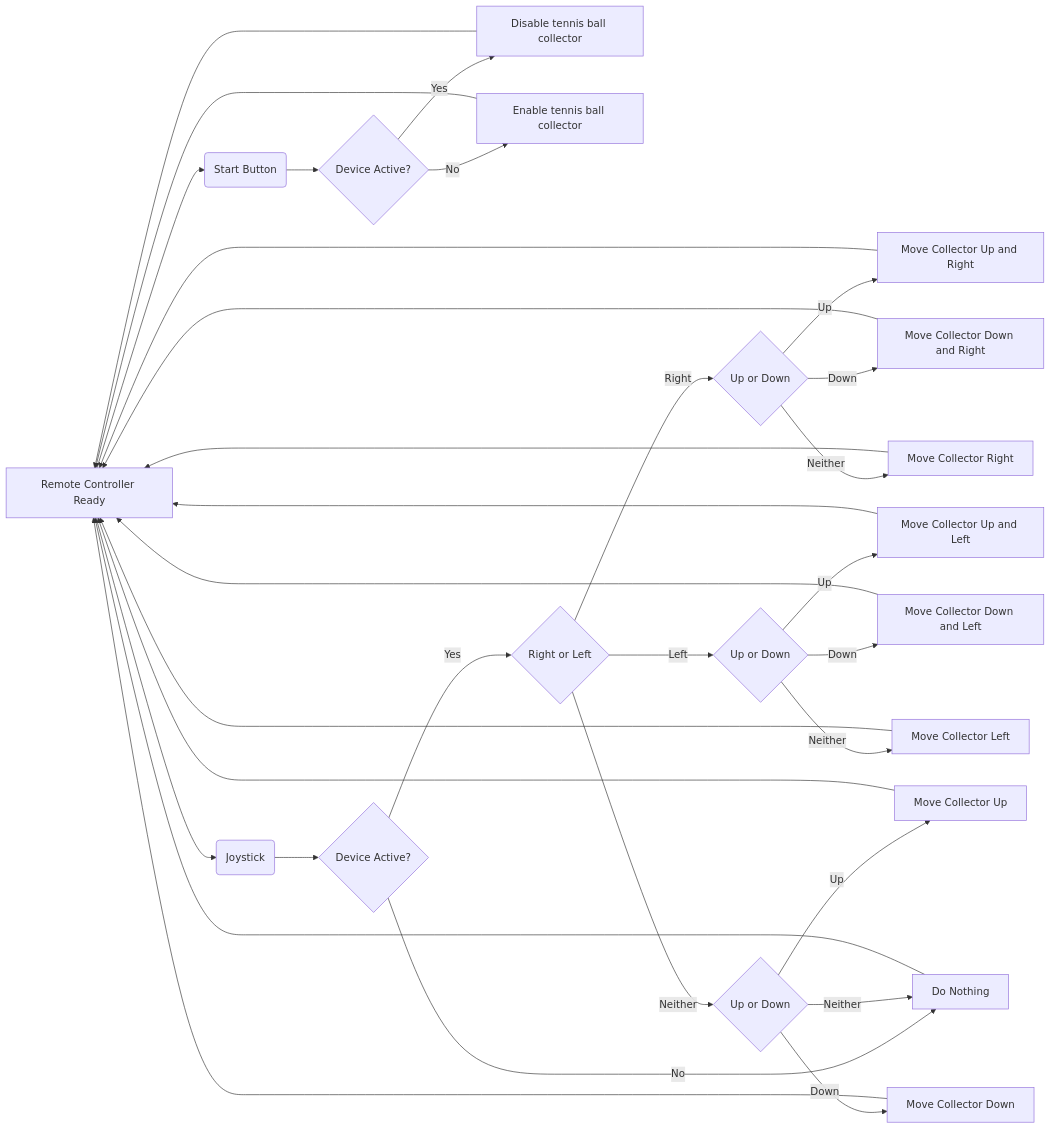
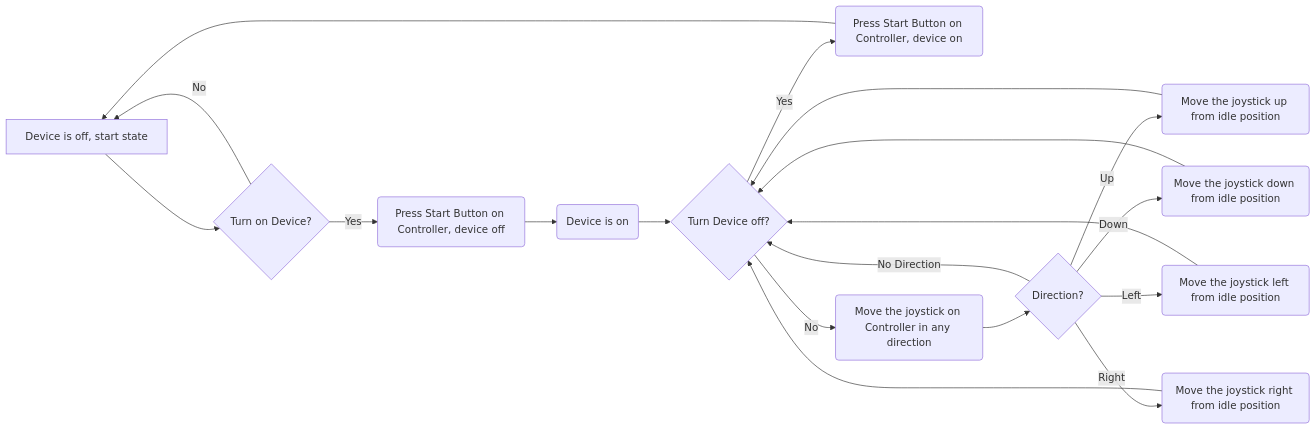
Before and after one commit to link422/F24_Team3_TennisBallCollector: the second of 3 diagrams in Reports/Conceptual Design.md, drawn with Mermaid. The commit also changed other lines of this file, not shown here.

Commit message:
Update Conceptual Design.md

````diff
--- a/Reports/Conceptual Design.md
+++ b/Reports/Conceptual Design.md
@@ -122,67 +122,41 @@
 ```mermaid 
-
+ 
 flowchart LR 
-
-A[Remote Controller Ready] -->B(Start Button) 
-
-    B --> C{Device Active?} 
-
-    C -->|Yes| D[Disable tennis ball collector] 
-
-    C -->|No| E[Enable tennis ball collector] 
-
-    D --> A 
-
-    E --> A 
-
-A -->F(Joystick) 
-
-    F --> G{Device Active?} 
-
-    G -->|Yes| H{Right or Left} 
-
-    G -->|No| I[Do Nothing] 
-
-    I --> A 
-
-    H -->|Right| J{Up or Down} 
-
-    H -->|Left| K{Up or Down} 
-
-    H -->|Neither| L{Up or Down} 
-
-    J -->|Up| M[Move Collector Up and Right] 
-
-    J -->|Down| N[Move Collector Down and Right] 
-
-    J -->|Neither| O[Move Collector Right] 
-
-    M --> A 
-
-    N --> A 
-
-    O --> A 
-
-    K -->|Up| P[Move Collector Up and Left] 
-
-    K -->|Down| Q[Move Collector Down and Left] 
-
-    K -->|Neither| R[Move Collector Left] 
-
-    P --> A 
-
-    Q --> A 
-
-    R --> A 
-
-    L -->|Up| S[Move Collector Up] 
-
-    L -->|Down| T[Move Collector Down] 
-
-    L -->|Neither| I 
-
-    S --> A 
-
-    T --> A 
-
-``` 
+ 
+A[Device is off, start state] --> B{Turn on Device?}
+ 
+    B --> |Yes| C(Press Start Button on Controller, device off)
+ 
+    B --> |No| A
+ 
+    C --> On(Device is on)
+ 
+    On --> D{Turn Device off?}
+ 
+    D --> |Yes| K(Press Start Button on Controller, device on)
+ 
+    K --> A
+ 
+    D --> |No| E(Move the joystick on Controller in any direction)
+ 
+    E --> F{Direction?}
+ 
+    F --> |Up| G(Move the joystick up from idle position)
+ 
+    F --> |Down| H(Move the joystick down from idle position)
+ 
+    F --> |Left| I(Move the joystick left from idle position)
+ 
+    F --> |Right| J(Move the joystick right from idle position)
+ 
+    F --> |No Direction| D
+ 
+    G --> D
+ 
+    H --> D
+ 
+    I --> D
+ 
+    J --> D
+ 
+```
````
